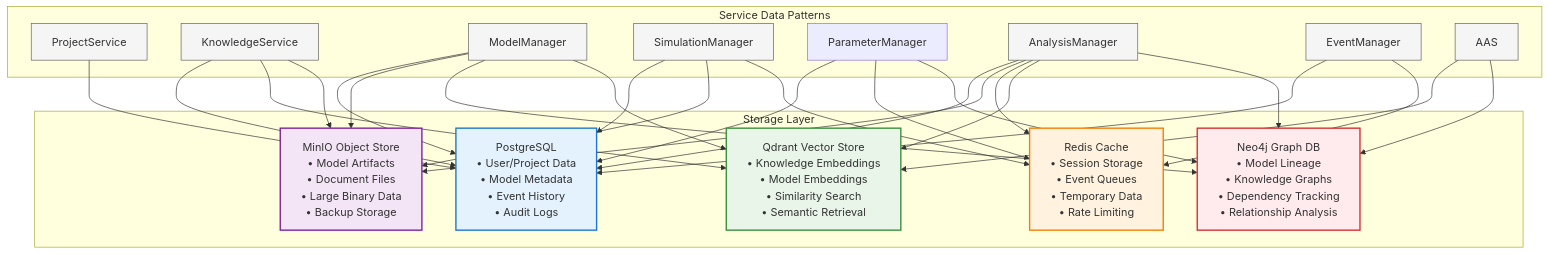
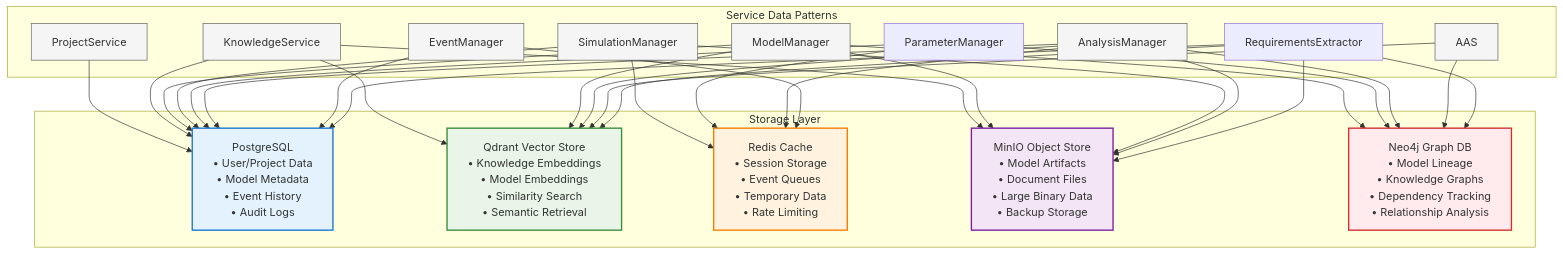
One commit to laserpointlabs/dadms changed the second of 2 diagrams in docs/architecture/README.md. Above: the diagram before and after it, drawn with Mermaid. The commit also changed other lines of this file and 9 other files, not shown here.

First line of the commit message:
Add comprehensive EDS white paper detailing architecture and core components

````diff
--- a/docs/architecture/README.md
+++ b/docs/architecture/README.md
@@ -108,51 +115,55 @@
 ```mermaid
 %%{init: { 'flowchart': { 'curve': 'orthogonal' }}}%%
 flowchart TD
     subgraph Storage["Storage Layer"]
         PostgreSQL["PostgreSQL<br/>• User/Project Data<br/>• Model Metadata<br/>• Event History<br/>• Audit Logs"]
         Qdrant["Qdrant Vector Store<br/>• Knowledge Embeddings<br/>• Model Embeddings<br/>• Similarity Search<br/>• Semantic Retrieval"]
         Redis["Redis Cache<br/>• Session Storage<br/>• Event Queues<br/>• Temporary Data<br/>• Rate Limiting"]
         MinIO["MinIO Object Store<br/>• Model Artifacts<br/>• Document Files<br/>• Large Binary Data<br/>• Backup Storage"]
         Neo4j["Neo4j Graph DB<br/>• Model Lineage<br/>• Knowledge Graphs<br/>• Dependency Tracking<br/>• Relationship Analysis"]
     end
     
     subgraph Services["Service Data Patterns"]
         ProjectService --> PostgreSQL
         KnowledgeService --> PostgreSQL
         KnowledgeService --> Qdrant
         KnowledgeService --> MinIO
         ModelManager --> PostgreSQL
         ModelManager --> MinIO
         ModelManager --> Neo4j
         ModelManager --> Qdrant
         SimulationManager --> PostgreSQL
         SimulationManager --> MinIO
         SimulationManager --> Redis
         ParameterManager --> PostgreSQL
         ParameterManager --> Redis
         ParameterManager --> Neo4j
         AnalysisManager --> PostgreSQL
         AnalysisManager --> MinIO
         AnalysisManager --> Redis
         AnalysisManager --> Qdrant
         AnalysisManager --> Neo4j
         EventManager --> PostgreSQL
         EventManager --> Redis
         AAS --> Qdrant
         AAS --> Neo4j
+        RequirementsExtractor --> PostgreSQL
+        RequirementsExtractor --> Qdrant
+        RequirementsExtractor --> Neo4j
+        RequirementsExtractor --> MinIO
     end
     
     classDef primary fill:#e3f2fd,stroke:#1976d2,stroke-width:2px;
     classDef vector fill:#e8f5e8,stroke:#388e3c,stroke-width:2px;
     classDef cache fill:#fff3e0,stroke:#f57c00,stroke-width:2px;
     classDef object fill:#f3e5f5,stroke:#7b1fa2,stroke-width:2px;
     classDef graphdb fill:#ffebee,stroke:#d32f2f,stroke-width:2px;
     classDef service fill:#f5f5f5,stroke:#616161,stroke-width:1px;
     
     class PostgreSQL primary;
     class Qdrant vector;
     class Redis cache;
     class MinIO object;
     class Neo4j graphdb;
     class ProjectService,KnowledgeService,ModelManager,SimulationManager,AnalysisManager,EventManager,AAS service;
 ```
````
